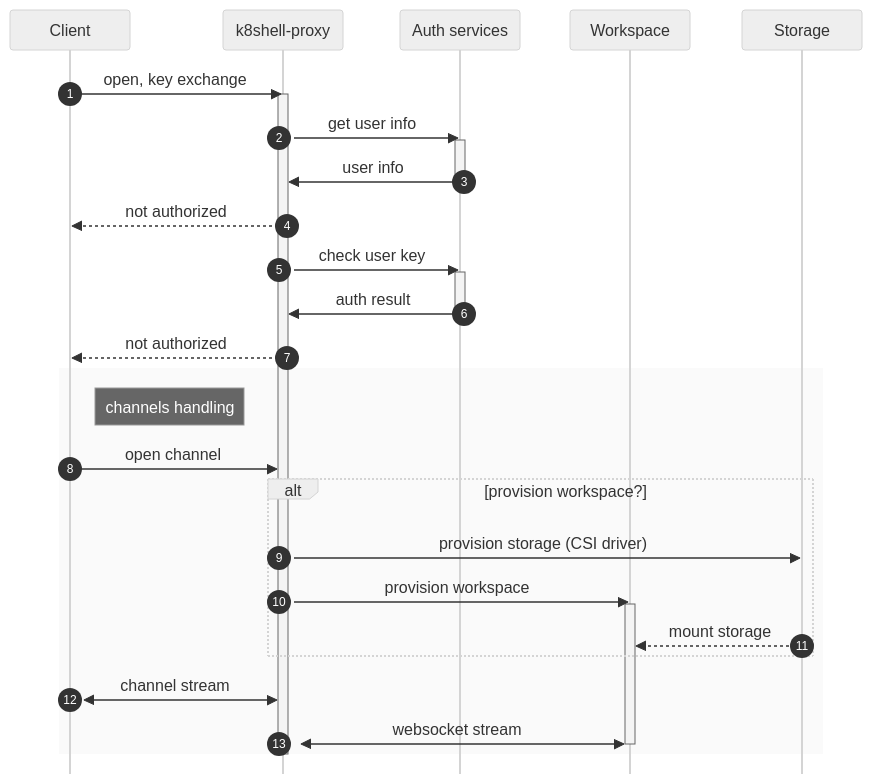
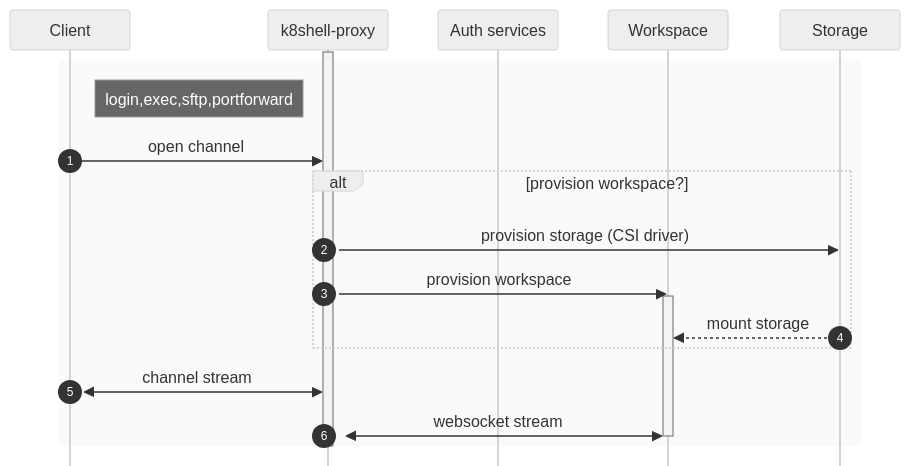
The second of 2 diagrams in architecture/communication.md (k8shell-io/docs), drawn with Mermaid before and after one commit. The commit also changed other lines of this file, not shown here.

````diff
--- a/architecture/communication.md
+++ b/architecture/communication.md
@@ -6,48 +68,37 @@
 ```{mermaid}
 %%{    
     init: {
         'theme': 'neutral',
         'themeVariables': {
             'fontSize': '40px'
         },
         'config': {
             'mirrorActors': false, 
             'showSequenceNumbers': true, 
             'height': 40, 
             'width': 120,
             'fontSize': 20
         }
   }}%%
 sequenceDiagram
     participant C as Client
     participant S as k8shell-proxy
     participant A as Auth services
     participant W as Workspace
     participant X as Storage
-    C->>S: open, key exchange
     activate S
-        S->>A: get user info
-            activate A
-                A->>S: user info
-            deactivate A
-            S-->>C: not authorized
-        S->>A: check user key
-            activate A
-                A->>S: auth result
-            deactivate A
-        S-->>C: not authorized
         rect rgb(250, 250, 250)
-        note right of C: channels handling
+        note right of C: login,exec,sftp,portforward
         C->>S: open channel
         alt provision workspace?
             S->>X: provision storage (CSI driver)
             S->>W: provision workspace
             activate W
                 X-->>W: mount storage
         end
         C<<->>S: channel stream
         S<<->>W: websocket stream
         deactivate W
         end
     deactivate S
 ```
````
